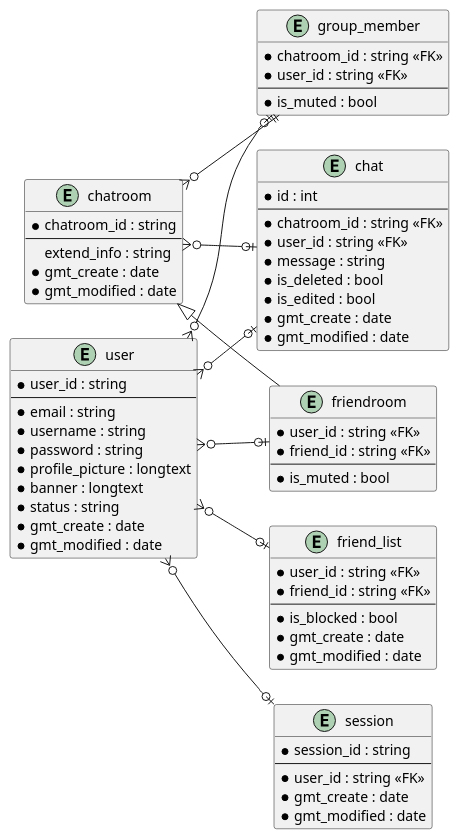
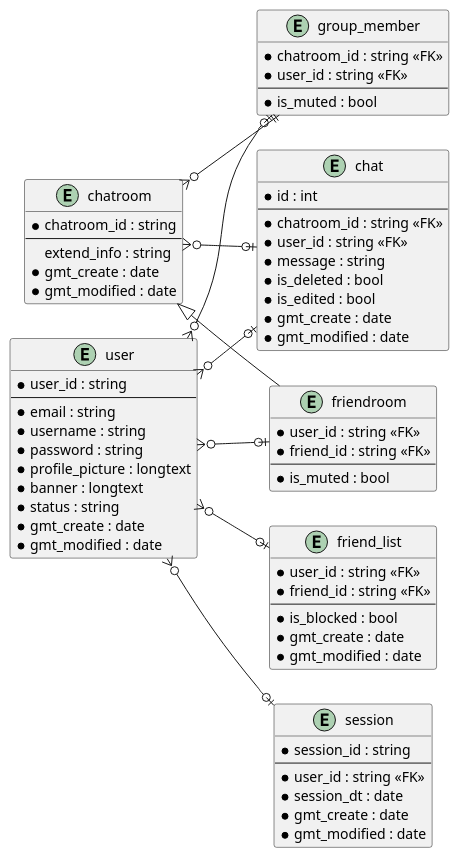
One commit to aldihsuhandi/springproject changed the diagram in model/class diagram.pu. Above: the diagram before and after it, drawn with PlantUML. The commit also changed 1 other file, not shown here.

Commit message:
api session login

```diff
--- a/model/class diagram.pu
+++ b/model/class diagram.pu
@@ -1,86 +1,87 @@
 @startuml
 
 left to right direction
 
 entity group_member {
     * chatroom_id : string <<FK>>
     * user_id : string <<FK>>
     --
     * is_muted : bool
 }
 
 entity chat {
     * id : int
     --
     * chatroom_id : string <<FK>>
     * user_id : string <<FK>>
     * message : string
     * is_deleted : bool
     * is_edited : bool
     * gmt_create : date
     * gmt_modified : date
 }
 
 entity user {
     * user_id : string
     --
     * email : string
     * username : string
     * password : string
     * profile_picture : longtext
     * banner : longtext
     * status : string
     * gmt_create : date
     * gmt_modified : date
 }
 
 entity session {
     * session_id : string
     --
     * user_id : string <<FK>>
+    * session_dt : date
     * gmt_create : date
     * gmt_modified : date
 }
 
 entity friend_list {
     * user_id : string <<FK>>
     * friend_id : string <<FK>>
     --
     * is_blocked : bool 
     * gmt_create : date
     * gmt_modified : date
 }
 
 entity chatroom {
     * chatroom_id : string
     --
     extend_info : string
     * gmt_create : date
     * gmt_modified : date
 }
 
 entity friendroom {
     * user_id : string <<FK>>
     * friend_id : string <<FK>>
     --
     * is_muted : bool
 }
 
 ' relation
 user }o--o| friend_list
 
 user }o--o| friendroom
 
 user }o--o| group_member
 chatroom }o--|| group_member
 
 user }o--o| chat
 chatroom }o--o| chat
 
 user }o--o| session
 
 skinparam chatroomInheritance 1
 chatroom <|-- friendroom
 
 
 @enduml
```
